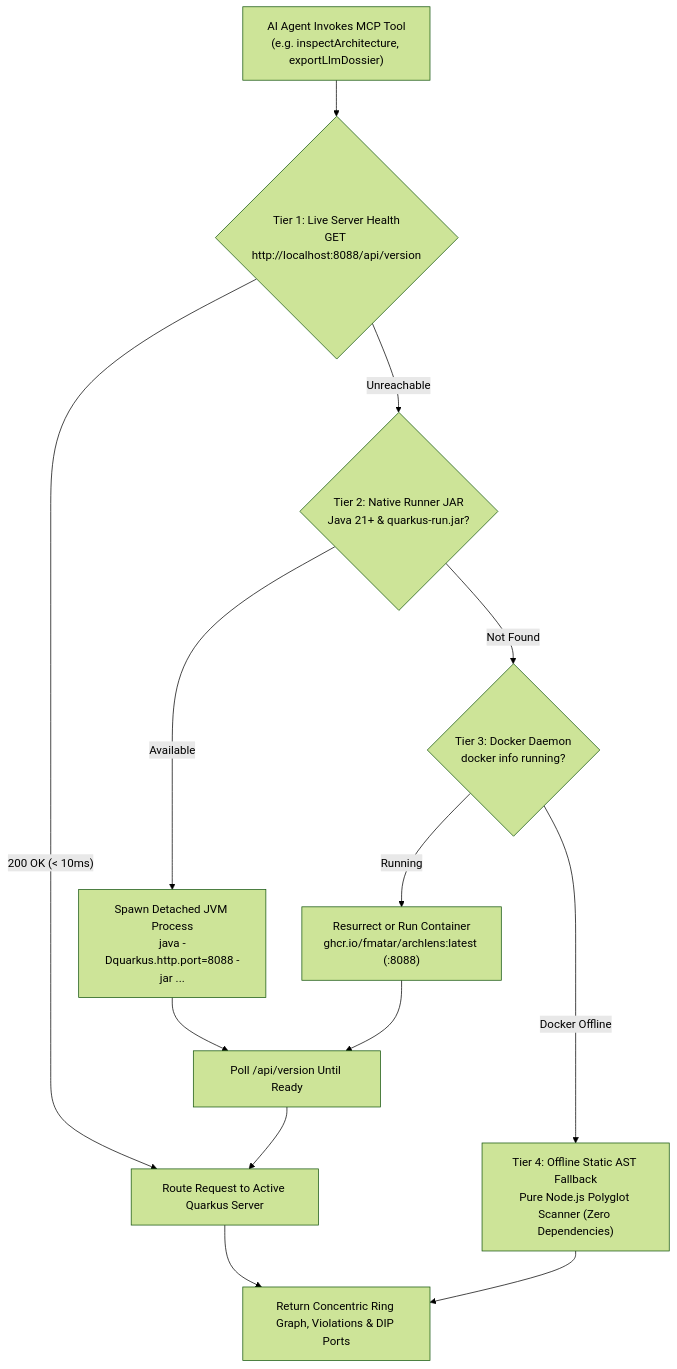
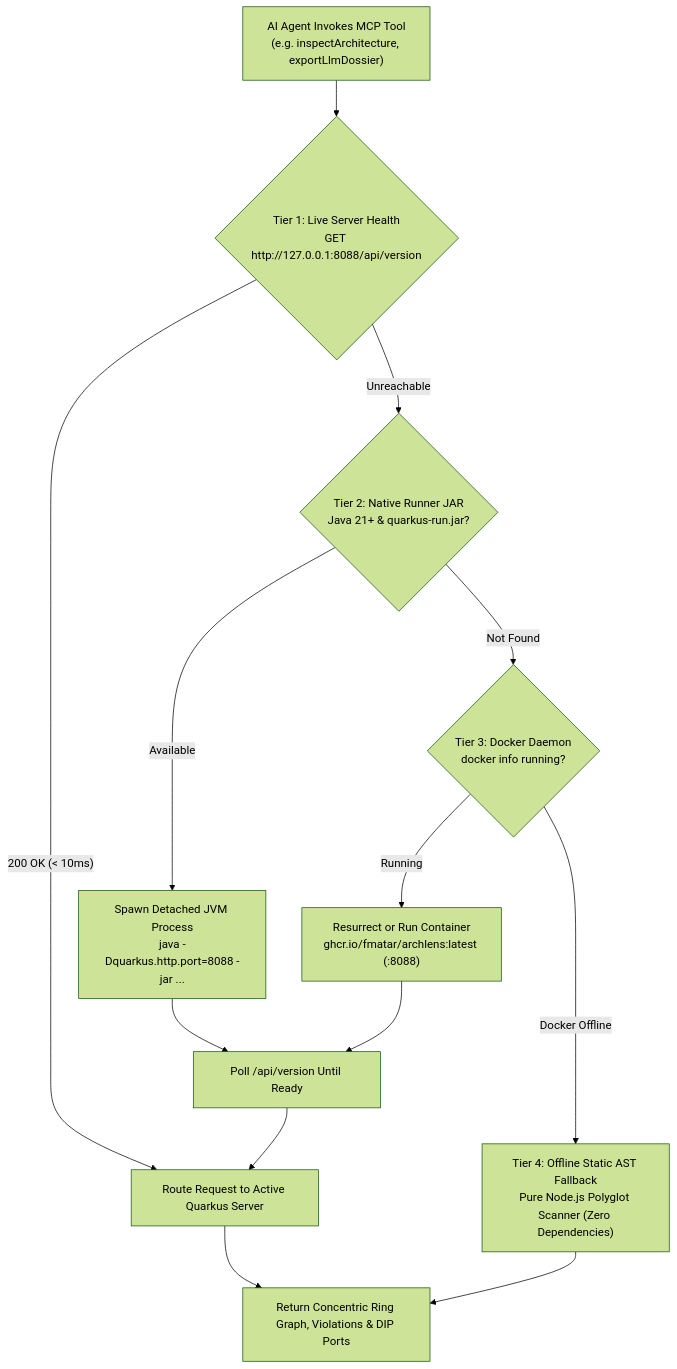
Before and after one commit to fmatar/archlens: the diagram in wiki/MCP-Integration.md, drawn with Mermaid (forest theme). The commit also changed other lines of this file and 67 other files, not shown here.

````diff
--- a/wiki/MCP-Integration.md
+++ b/wiki/MCP-Integration.md
@@ -21,14 +23,14 @@
 ```mermaid
 flowchart TD
-    Call["AI Agent Invokes MCP Tool\n(e.g. inspectArchitecture, exportLlmDossier)"] --> T1{"Tier 1: Live Server Health\nGET http://localhost:8088/api/version"}
+    Call["AI Agent Invokes MCP Tool\n(e.g. inspectArchitecture, exportLlmDossier)"] --> T1{"Tier 1: Live Server Health\nGET http://127.0.0.1:8088/api/version"}
     T1 -->|"200 OK (< 10ms)"| Proxy["Route Request to Active Quarkus Server"]
     T1 -->|"Unreachable"| T2{"Tier 2: Native Runner JAR\nJava 21+ & quarkus-run.jar?"}
     T2 -->|"Available"| SpawnJar["Spawn Detached JVM Process\njava -Dquarkus.http.port=8088 -jar ..."]
     SpawnJar --> Poll["Poll /api/version Until Ready"] --> Proxy
     T2 -->|"Not Found"| T3{"Tier 3: Docker Daemon\ndocker info running?"}
     T3 -->|"Running"| SpawnDocker["Resurrect or Run Container\nghcr.io/fmatar/archlens:latest (:8088)"]
     SpawnDocker --> Poll
     T3 -->|"Docker Offline"| T4["Tier 4: Offline Static AST Fallback\nPure Node.js Polyglot Scanner (Zero Dependencies)"]
     T4 --> Result["Return Concentric Ring Graph, Violations & DIP Ports"]
     Proxy --> Result
 ```
````
